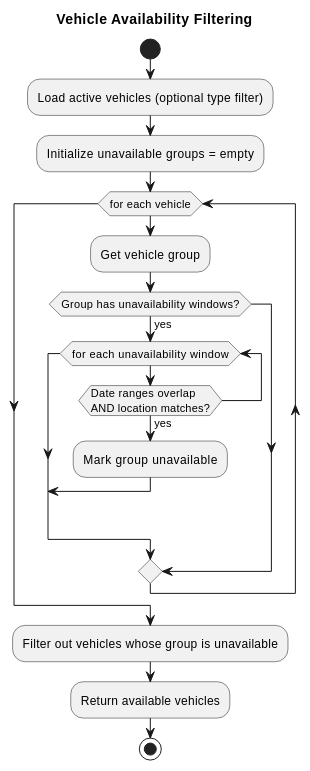
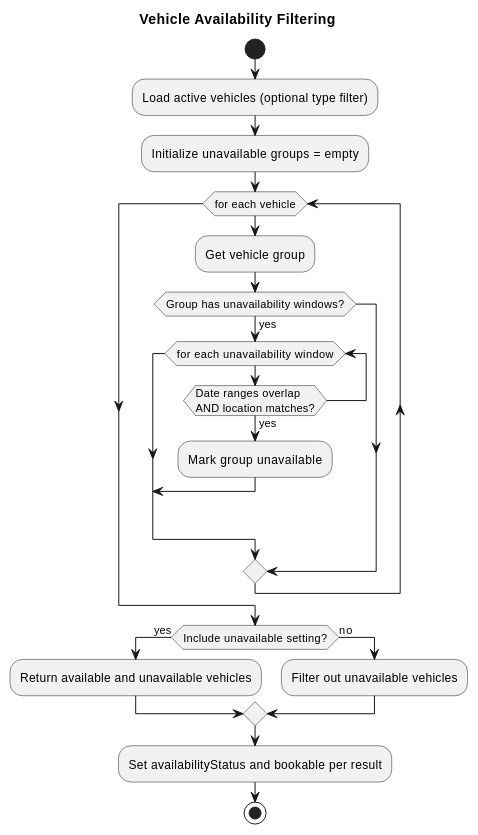
One commit to Netmechanics/car-rental-docs changed the fourth of 7 diagrams in docs/modules/ROOT/pages/technical/rental-search-logic.adoc. Above: the diagram before and after it, drawn with PlantUML. The commit also changed other lines of this file and 6 other files, not shown here.

```diff
--- a/docs/modules/ROOT/pages/technical/rental-search-logic.adoc
+++ b/docs/modules/ROOT/pages/technical/rental-search-logic.adoc
@@ -163,26 +184,30 @@
 [plantuml,vehicle-availability,svg]
 ....
 @startuml
 title Vehicle Availability Filtering
 
 start
 :Load active vehicles (optional type filter);
 :Initialize unavailable groups = empty;
 
 while (for each vehicle)
   :Get vehicle group;
   if (Group has unavailability windows?) then (yes)
     while (for each unavailability window)
       if (Date ranges overlap\nAND location matches?) then (yes)
         :Mark group unavailable;
         break
       endif
     endwhile
   endif
 endwhile
 
-:Filter out vehicles whose group is unavailable;
-:Return available vehicles;
+if (Include unavailable setting?) then (yes)
+  :Return available and unavailable vehicles;
+else (no)
+  :Filter out unavailable vehicles;
+endif
+:Set availabilityStatus and bookable per result;
 stop
 @enduml
 ....
```
